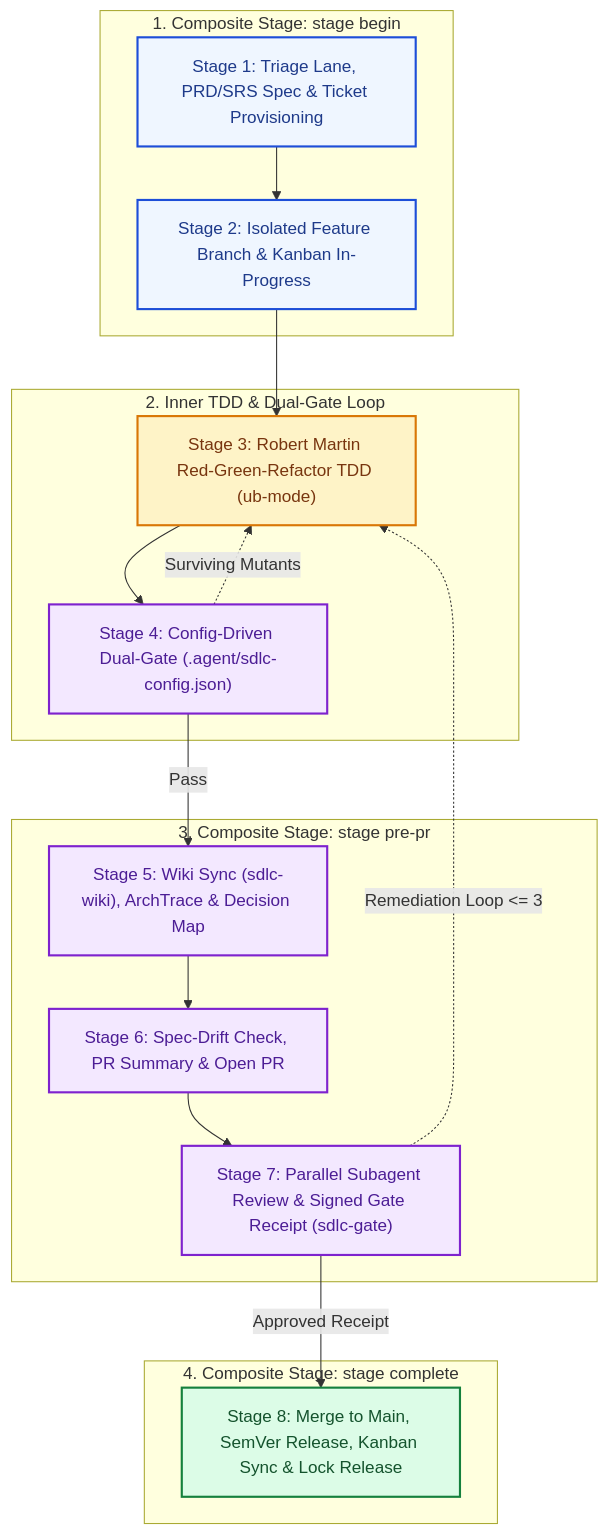
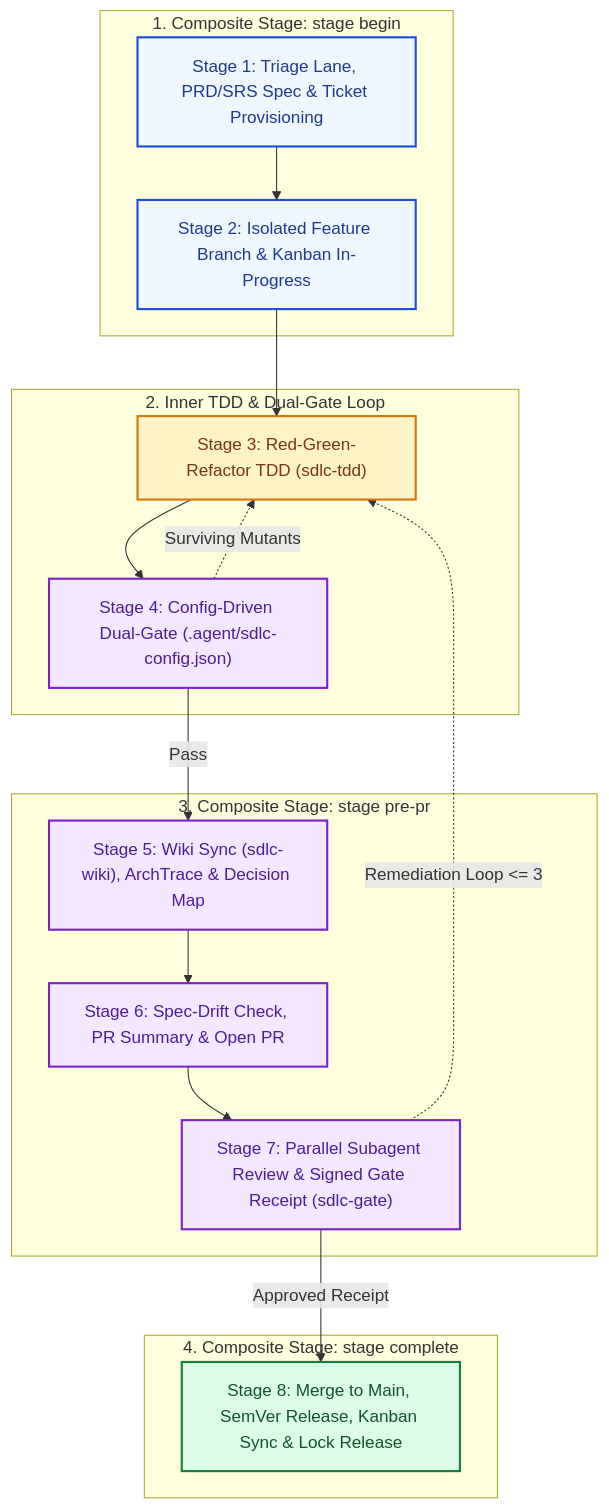
Before and after one commit to fmatar/sealit: the diagram in wiki/Home.md, drawn with Mermaid. The commit also changed other lines of this file and 66 other files, not shown here.

Commit message:
feat(sdlc): standardize on 10 canonical skills, neutral terminology, clean footers, and compact workflow diagram (#116)

````diff
--- a/wiki/Home.md
+++ b/wiki/Home.md
@@ -43,36 +43,36 @@
 ```mermaid
 flowchart TD
     classDef intake fill:#eff6ff,stroke:#1d4ed8,stroke-width:2px,color:#1e3a8a
     classDef build fill:#fef3c7,stroke:#d97706,stroke-width:2px,color:#78350f
     classDef verify fill:#f3e8ff,stroke:#7e22ce,stroke-width:2px,color:#4c1d95
     classDef ship fill:#dcfce7,stroke:#15803d,stroke-width:2px,color:#14532d
 
     subgraph CompositeBegin ["1. Composite Stage: stage begin"]
       S1["Stage 1: Triage Lane, PRD/SRS Spec & Ticket Provisioning"]:::intake
       S2["Stage 2: Isolated Feature Branch & Kanban In-Progress"]:::intake
       S1 --> S2
     end
 
     subgraph CoreLoop ["2. Inner TDD & Dual-Gate Loop"]
-      S3["Stage 3: Robert Martin Red-Green-Refactor TDD (ub-mode)"]:::build
+      S3["Stage 3: Red-Green-Refactor TDD (sdlc-tdd)"]:::build
       S4["Stage 4: Config-Driven Dual-Gate (.agent/sdlc-config.json)"]:::verify
       S3 --> S4
     end
 
     subgraph CompositePrePR ["3. Composite Stage: stage pre-pr"]
       S5["Stage 5: Wiki Sync (sdlc-wiki), ArchTrace & Decision Map"]:::verify
       S6["Stage 6: Spec-Drift Check, PR Summary & Open PR"]:::verify
       S7["Stage 7: Parallel Subagent Review & Signed Gate Receipt (sdlc-gate)"]:::verify
       S5 --> S6 --> S7
     end
 
     subgraph CompositeComplete ["4. Composite Stage: stage complete"]
       S8["Stage 8: Merge to Main, SemVer Release, Kanban Sync & Lock Release"]:::ship
     end
 
     S2 --> S3
     S4 -->|Pass| S5
     S4 -.->|Surviving Mutants| S3
     S7 -->|Approved Receipt| S8
     S7 -.->|Remediation Loop <= 3| S3
 ```
````
